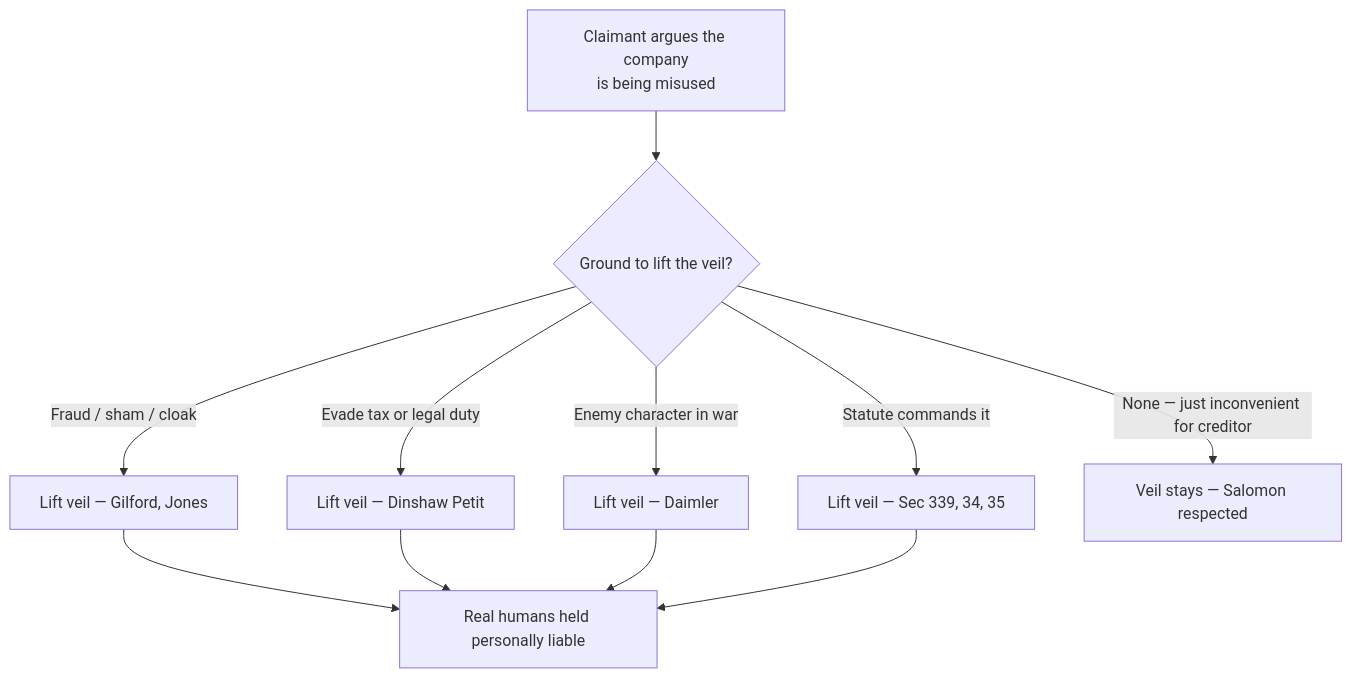
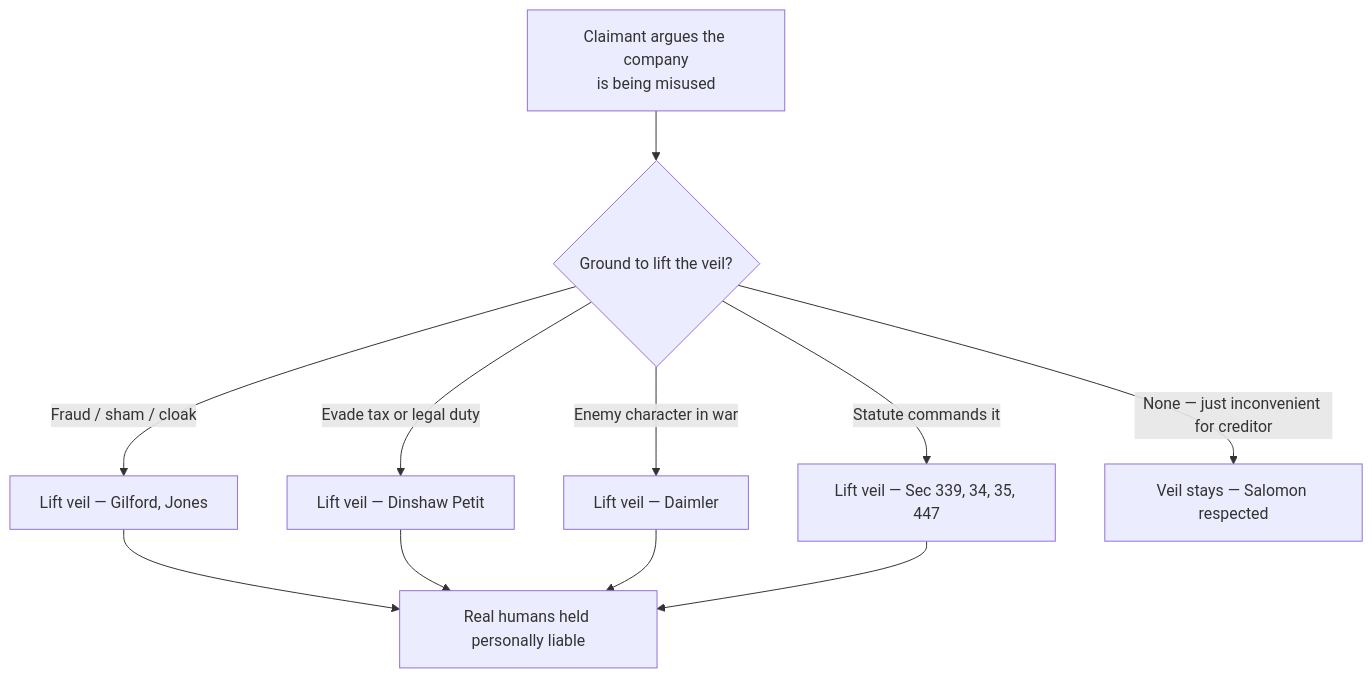
The third of 5 diagrams in CA/concept-notes/Law/md/01_preliminary-and-definitions.md (saikumarkaleru/certifications), drawn with Mermaid before and after one commit. The commit also changed other lines of this file and 117 other files, not shown here.

````diff
--- a/CA/concept-notes/Law/md/01_preliminary-and-definitions.md
+++ b/CA/concept-notes/Law/md/01_preliminary-and-definitions.md
@@ -233,13 +325,13 @@
 ```mermaid
 flowchart TD
     A["Claimant argues the company<br/>is being misused"] --> B{"Ground to lift the veil?"}
     B -->|Fraud / sham / cloak| C["Lift veil — Gilford, Jones"]
     B -->|Evade tax or legal duty| D["Lift veil — Dinshaw Petit"]
     B -->|Enemy character in war| E["Lift veil — Daimler"]
-    B -->|Statute commands it| F["Lift veil — Sec 339, 34, 35"]
+    B -->|Statute commands it| F["Lift veil — Sec 339, 34, 35, 447"]
     B -->|None — just inconvenient for creditor| G["Veil stays — Salomon respected"]
     C --> H["Real humans held personally liable"]
     D --> H
     E --> H
     F --> H
 ```
````
